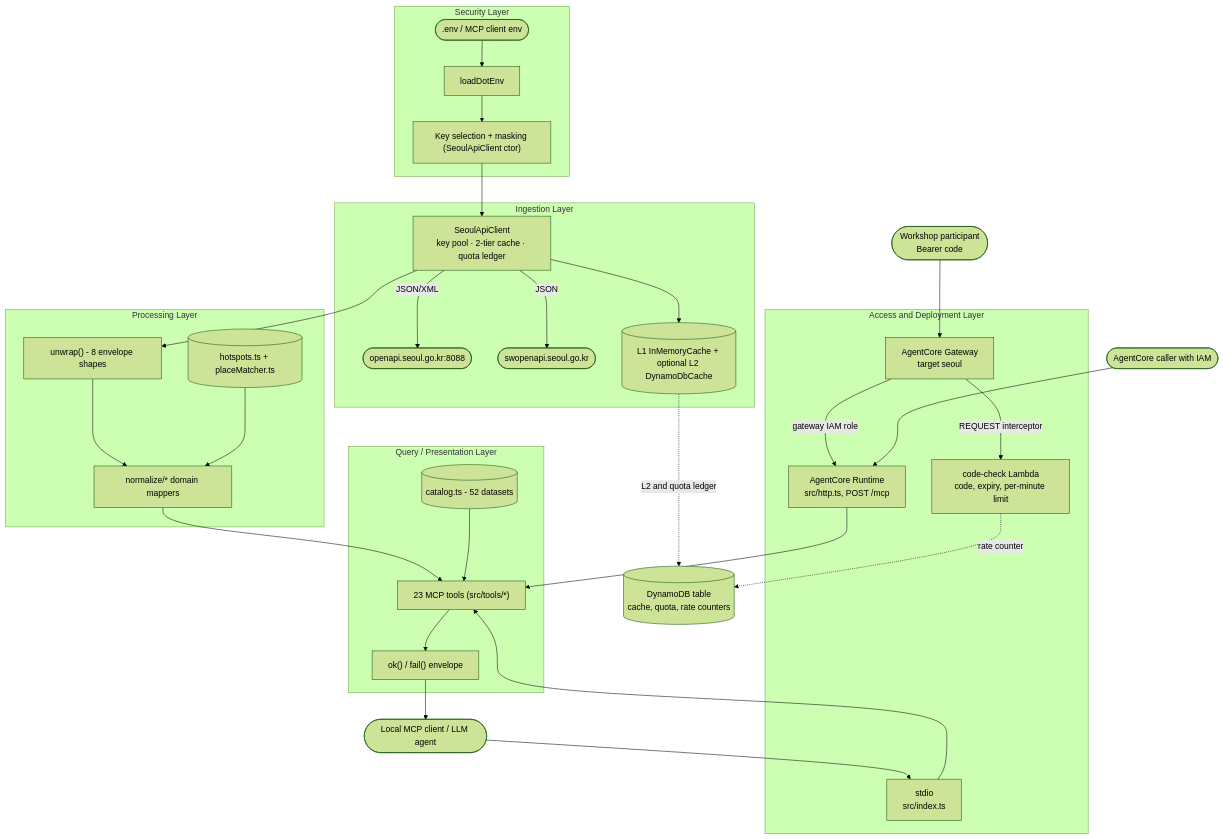
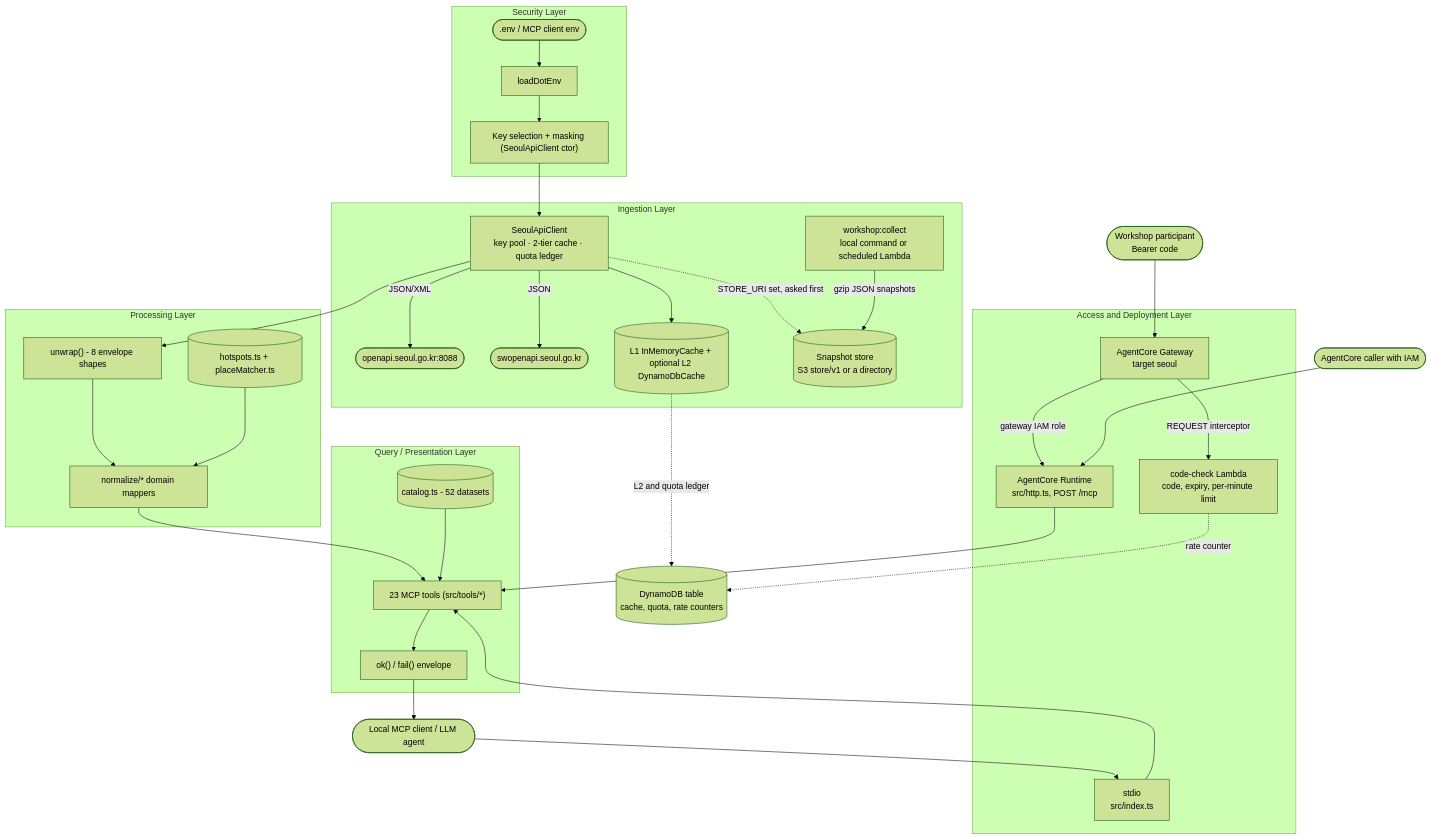
One commit to whchoi98/seoul-opendata-mcp changed the third of 4 diagrams in docs/architecture.md. Above: the diagram before and after it, drawn with Mermaid (forest theme). The commit also changed other lines of this file and 15 other files, not shown here.

First line of the commit message:
docs: document the snapshot store, the collector, and ADR-007

````diff
--- a/docs/architecture.md
+++ b/docs/architecture.md
@@ -212,44 +218,46 @@
 ```mermaid
 flowchart TB
   subgraph security[Security Layer]
     ENVFILE([".env / MCP client env"]) --> LOADENV[loadDotEnv]
     LOADENV --> KEYSEL["Key selection + masking (SeoulApiClient ctor)"]
   end
   subgraph ingestion[Ingestion Layer]
     KEYSEL --> CLIENT["SeoulApiClient<br/>key pool · 2-tier cache · quota ledger"]
     CLIENT -->|"JSON/XML"| OPENAPI(["openapi.seoul.go.kr:8088"])
     CLIENT -->|"JSON"| SUBWAYAPI(["swopenapi.seoul.go.kr"])
     CLIENT --> CACHE[("L1 InMemoryCache + optional L2 DynamoDbCache")]
+    CLIENT -.->|"STORE_URI set, asked first"| STORE[("Snapshot store<br/>S3 store/v1 or a directory")]
+    COLLECTOR["workshop:collect<br/>local command or scheduled Lambda"] -->|"gzip JSON snapshots"| STORE
   end
   subgraph processing[Processing Layer]
     UNWRAP["unwrap() - 8 envelope shapes"]
     NORMALIZE["normalize/* domain mappers"]
     HOTSPOTS[("hotspots.ts + placeMatcher.ts")]
     CLIENT --> UNWRAP --> NORMALIZE
     HOTSPOTS --> NORMALIZE
   end
   subgraph query[Query / Presentation Layer]
     TOOLS["23 MCP tools (src/tools/*)"]
     ENVELOPE["ok() / fail() envelope"]
     CATALOG[("catalog.ts - 52 datasets")]
     NORMALIZE --> TOOLS
     CATALOG --> TOOLS
     TOOLS --> ENVELOPE
   end
   subgraph access[Access and Deployment Layer]
     STDIO["stdio<br/>src/index.ts"]
     GATEWAY["AgentCore Gateway<br/>target seoul"]
     INTERCEPTOR["code-check Lambda<br/>code, expiry, per-minute limit"]
     RUNTIME["AgentCore Runtime<br/>src/http.ts, POST /mcp"]
     GATEWAY -->|"REQUEST interceptor"| INTERCEPTOR
     GATEWAY -->|"gateway IAM role"| RUNTIME
   end
   TABLE[("DynamoDB table<br/>cache, quota, rate counters")]
   AGENT(["Local MCP client / LLM agent"]) --> STDIO --> TOOLS
   CALLER(["AgentCore caller with IAM"]) --> RUNTIME
   PARTICIPANT(["Workshop participant<br/>Bearer code"]) --> GATEWAY
   RUNTIME --> TOOLS
   CACHE -.->|"L2 and quota ledger"| TABLE
   INTERCEPTOR -.->|"rate counter"| TABLE
   ENVELOPE --> AGENT
 ```
````
